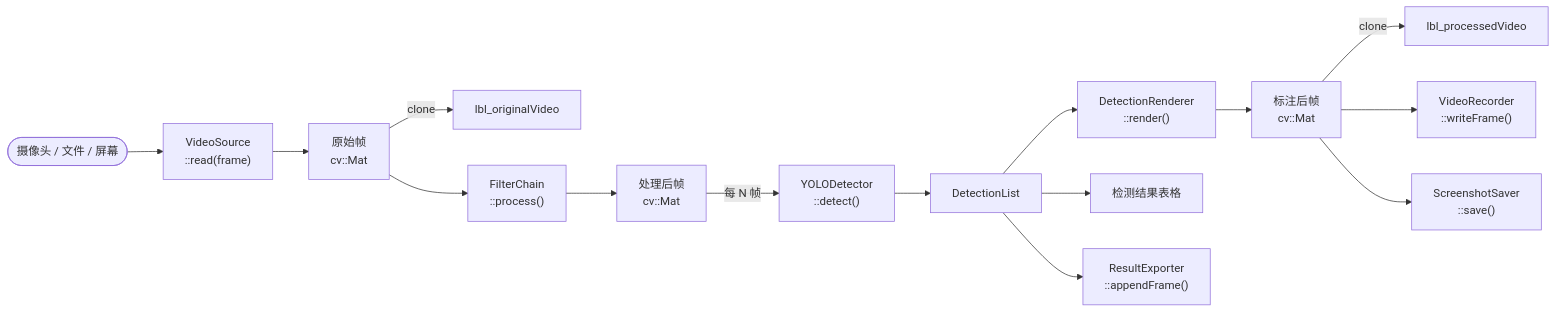
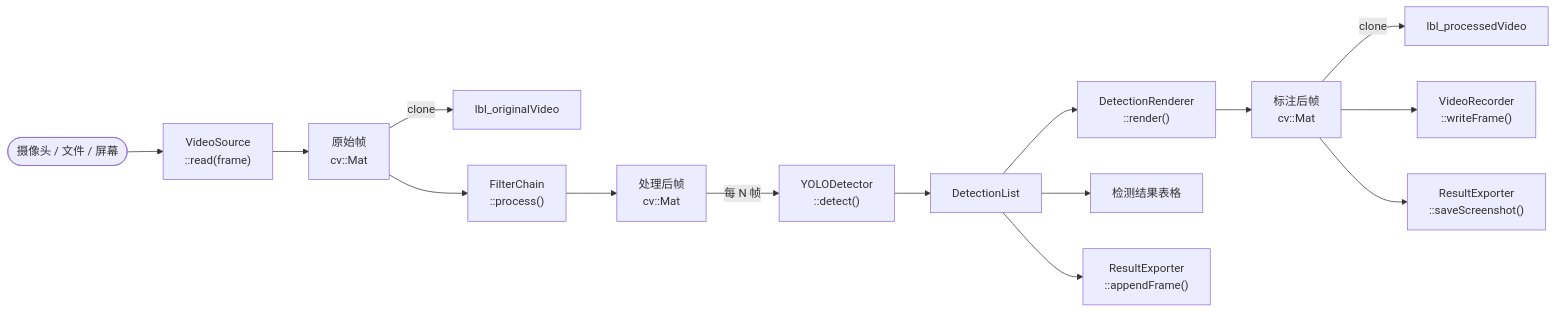
Before and after one commit to Verginius/Real-time-Video-Stream-Filtering-and-Detection-Tool-Based-on-OpenCV---Qt: the second of 3 diagrams in docs/assets/arch-overview.md, drawn with Mermaid. The commit also changed other lines of this file and 57 other files, not shown here.

````diff
--- a/docs/assets/arch-overview.md
+++ b/docs/assets/arch-overview.md
@@ -72,21 +70,21 @@
 ```mermaid
 flowchart LR
     INPUT(["摄像头 / 文件 / 屏幕"]) 
         --> SRC["VideoSource\n::read(frame)"]
         --> ORIG["原始帧\ncv::Mat"]
 
     ORIG --> |clone| GUI_ORIG["lbl_originalVideo"]
     ORIG --> FCHAIN["FilterChain\n::process()"]
     FCHAIN --> PROC["处理后帧\ncv::Mat"]
 
     PROC --> |每 N 帧| YOLO["YOLODetector\n::detect()"]
     YOLO --> DETS["DetectionList"]
     DETS --> RENDER["DetectionRenderer\n::render()"]
     RENDER --> PROC2["标注后帧\ncv::Mat"]
 
     PROC2 --> |clone| GUI_PROC["lbl_processedVideo"]
     PROC2 --> RECORDER["VideoRecorder\n::writeFrame()"]
     DETS --> TABLE["检测结果表格"]
-    PROC2 --> SCREENSHOT["ScreenshotSaver\n::save()"]
+    PROC2 --> SCREENSHOT["ResultExporter\n::saveScreenshot()"]
     DETS --> EXPORTER["ResultExporter\n::appendFrame()"]
 ```
````
